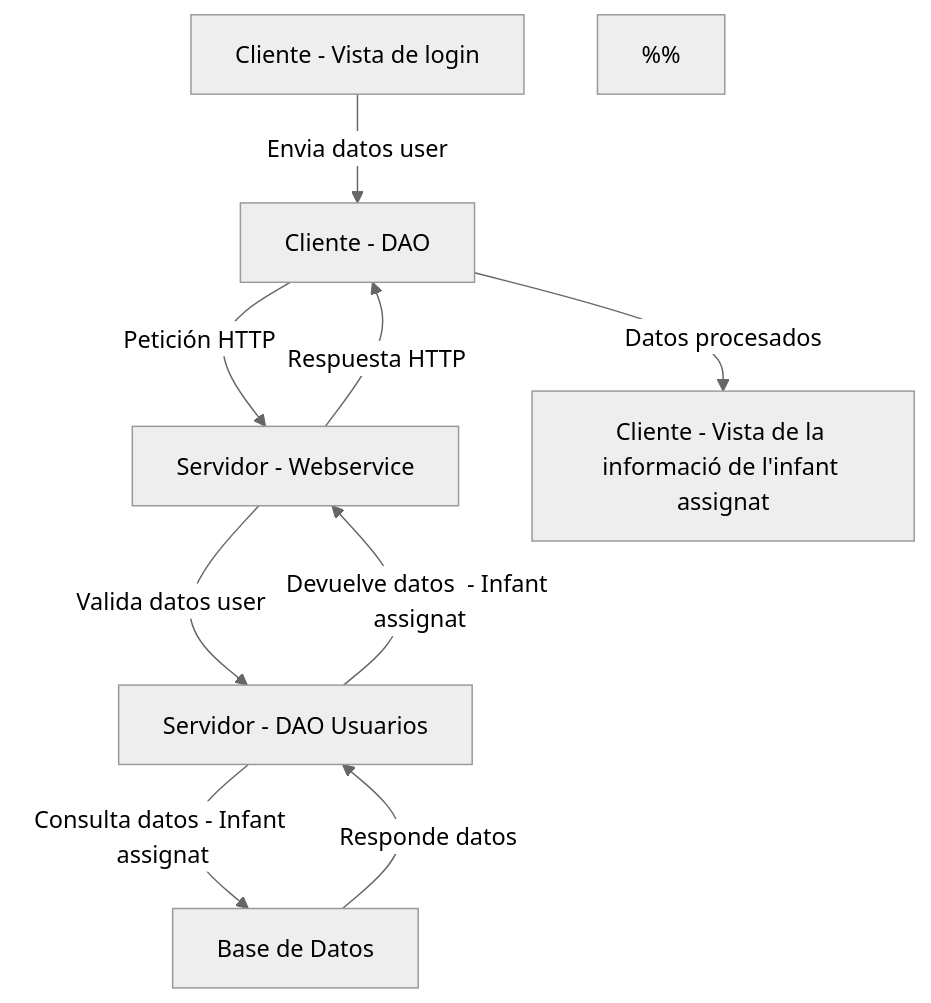
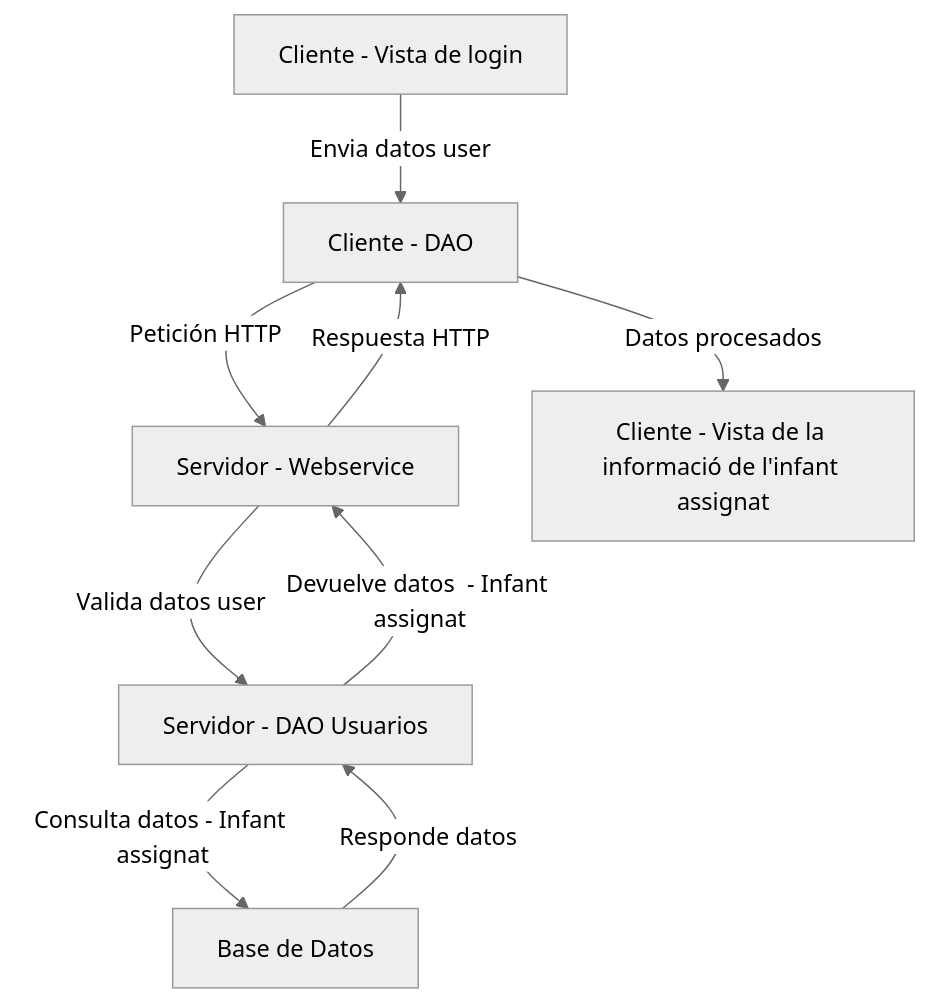
Before and after one commit to dnwits/TapatApp: the diagram in charts/diagrama_de_fluxe.mermaid, drawn with Mermaid (neutral theme). The commit also changed 2 other files, not shown here.

Commit message:
diagrama prototip1 fet

```diff
--- a/charts/diagrama_de_fluxe.mermaid
+++ b/charts/diagrama_de_fluxe.mermaid
@@ -1,10 +1,9 @@
 flowchart TD
     A[Cliente - Vista de login] -->|Envia datos user| B[Cliente - DAO]
     B -->|Petición HTTP| C[Servidor - Webservice]
     C -->|Valida datos user| D[Servidor - DAO Usuarios]
     D -->|Consulta datos - Infant assignat| E[Base de Datos]
     E -->|Responde datos| D
     D -->|Devuelve datos  - Infant assignat| C
     C -->|Respuesta HTTP| B
     B -->|Datos procesados| F[Cliente - Vista de la informació de l'infant assignat]
-%%
```
